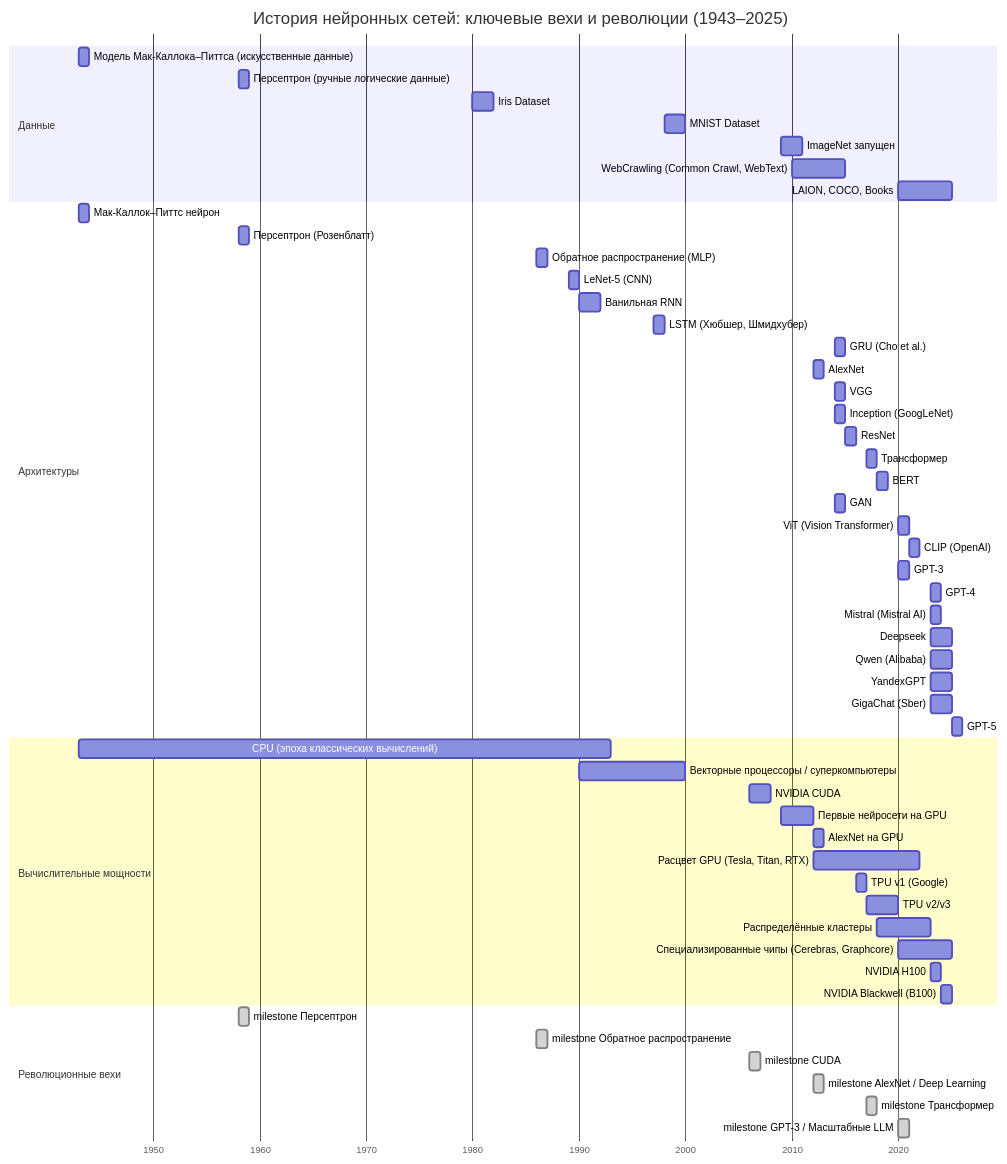
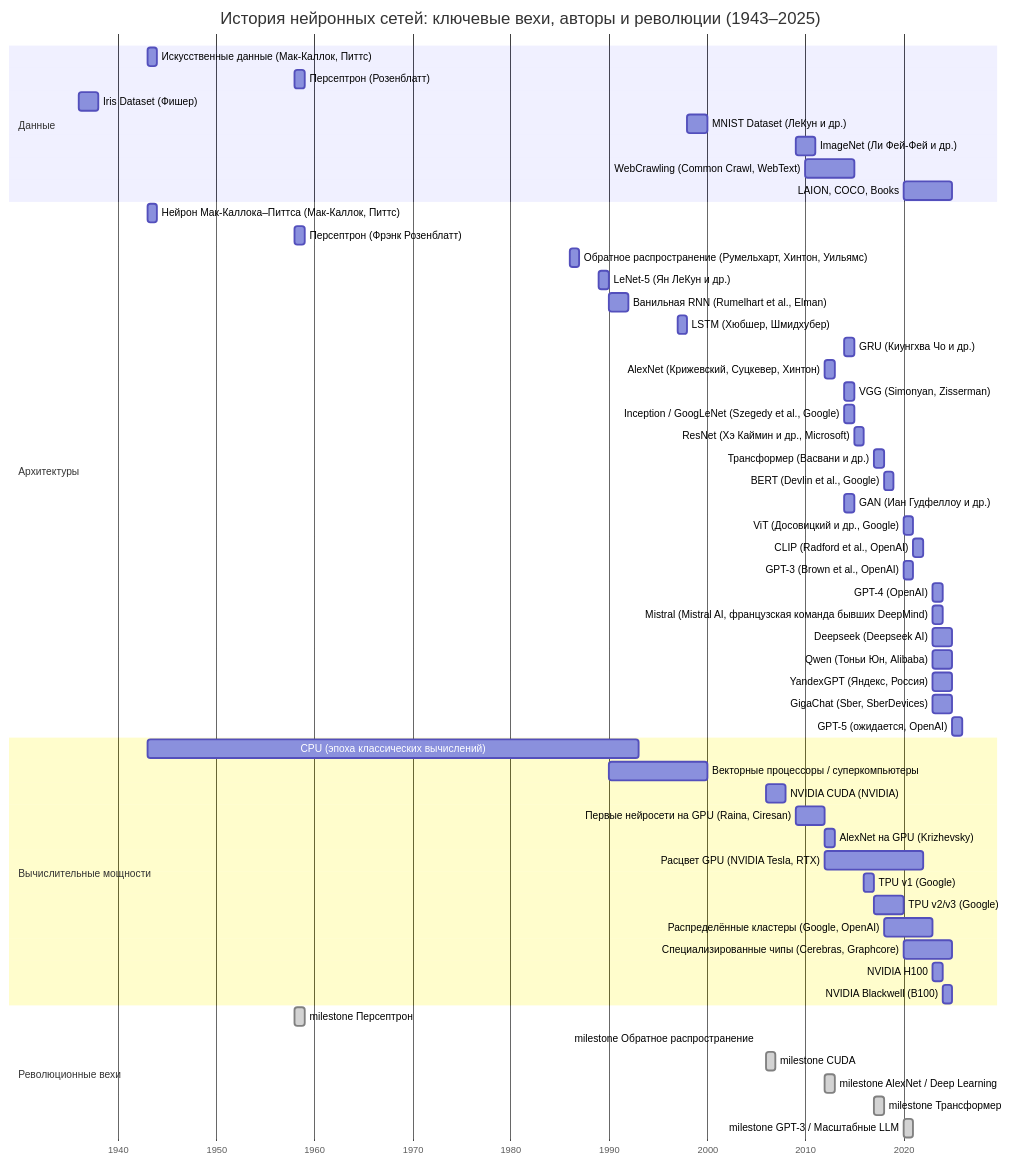
Before and after one commit to dayekb/markdown_mermaid_test: the diagram in mermaid/gant_1.md, drawn with Mermaid.

````diff
--- a/mermaid/gant_1.md
+++ b/mermaid/gant_1.md
@@ -1,65 +1,65 @@
 ```mermaid 
 
 
 gantt
-    title История нейронных сетей: ключевые вехи и революции (1943–2025)
+    title История нейронных сетей: ключевые вехи, авторы и революции (1943–2025)
     dateFormat  YYYY
     axisFormat %Y
     section Данные
-    Модель Мак-Каллока–Питтса (искусственные данные) : 1943, 1y
-    Персептрон (ручные логические данные) : 1958, 1y
-    Iris Dataset : 1980, 2y
-    MNIST Dataset : 1998, 2y
-    ImageNet запущен : 2009, 2y
+    Искусственные данные (Мак-Каллок, Питтс) : 1943, 1y
+    Персептрон (Розенблатт) : 1958, 1y
+    Iris Dataset (Фишер) : 1936, 2y
+    MNIST Dataset (ЛеКун и др.) : 1998, 2y
+    ImageNet (Ли Фей-Фей и др.) : 2009, 2y
     WebCrawling (Common Crawl, WebText) : 2010, 5y
     LAION, COCO, Books : 2020, 5y
 
     section Архитектуры
-    Мак-Каллок–Питтс нейрон : 1943, 1y
-    Персептрон (Розенблатт) : 1958, 1y
-    Обратное распространение (MLP) : 1986, 1y
-    LeNet-5 (CNN) : 1989, 1y
-    Ванильная RNN : 1990, 2y
+    Нейрон Мак-Каллока–Питтса (Мак-Каллок, Питтс) : 1943, 1y
+    Персептрон (Фрэнк Розенблатт) : 1958, 1y
+    Обратное распространение (Румельхарт, Хинтон, Уильямс) : 1986, 1y
+    LeNet-5 (Ян ЛеКун и др.) : 1989, 1y
+    Ванильная RNN (Rumelhart et al., Elman) : 1990, 2y
     LSTM (Хюбшер, Шмидхубер) : 1997, 1y
-    GRU (Cho et al.) : 2014, 1y
-    AlexNet : 2012, 1y
-    VGG : 2014, 1y
-    Inception (GoogLeNet) : 2014, 1y
-    ResNet : 2015, 1y
-    Трансформер : 2017, 1y
-    BERT : 2018, 1y
-    GAN : 2014, 1y
-    ViT (Vision Transformer) : 2020, 1y
-    CLIP (OpenAI) : 2021, 1y
-    GPT-3 : 2020, 1y
-    GPT-4 : 2023, 1y
-    Mistral (Mistral AI) : 2023, 1y
-    Deepseek : 2023, 2y
-    Qwen (Alibaba) : 2023, 2y
-    YandexGPT : 2023, 2y
-    GigaChat (Sber) : 2023, 2y
-    GPT-5 : 2025, 1y
+    GRU (Киунгхва Чо и др.) : 2014, 1y
+    AlexNet (Крижевский, Суцкевер, Хинтон) : 2012, 1y
+    VGG (Simonyan, Zisserman) : 2014, 1y
+    Inception / GoogLeNet (Szegedy et al., Google) : 2014, 1y
+    ResNet (Хэ Каймин и др., Microsoft) : 2015, 1y
+    Трансформер (Васвани и др.) : 2017, 1y
+    BERT (Devlin et al., Google) : 2018, 1y
+    GAN (Иан Гудфеллоу и др.) : 2014, 1y
+    ViT (Досовицкий и др., Google) : 2020, 1y
+    CLIP (Radford et al., OpenAI) : 2021, 1y
+    GPT-3 (Brown et al., OpenAI) : 2020, 1y
+    GPT-4 (OpenAI) : 2023, 1y
+    Mistral (Mistral AI, французская команда бывших DeepMind) : 2023, 1y
+    Deepseek (Deepseek AI) : 2023, 2y
+    Qwen (Тоньи Юн, Alibaba) : 2023, 2y
+    YandexGPT (Яндекс, Россия) : 2023, 2y
+    GigaChat (Sber, SberDevices) : 2023, 2y
+    GPT-5 (ожидается, OpenAI) : 2025, 1y
 
     section Вычислительные мощности
     CPU (эпоха классических вычислений) : 1943, 50y
     Векторные процессоры / суперкомпьютеры : 1990, 10y
-    NVIDIA CUDA : 2006, 2y
-    Первые нейросети на GPU : 2009, 3y
-    AlexNet на GPU : 2012, 1y
-    Расцвет GPU (Tesla, Titan, RTX) : 2012, 10y
+    NVIDIA CUDA (NVIDIA) : 2006, 2y
+    Первые нейросети на GPU (Raina, Ciresan) : 2009, 3y
+    AlexNet на GPU (Krizhevsky) : 2012, 1y
+    Расцвет GPU (NVIDIA Tesla, RTX) : 2012, 10y
     TPU v1 (Google) : 2016, 1y
-    TPU v2/v3 : 2017, 3y
-    Распределённые кластеры : 2018, 5y
+    TPU v2/v3 (Google) : 2017, 3y
+    Распределённые кластеры (Google, OpenAI) : 2018, 5y
     Специализированные чипы (Cerebras, Graphcore) : 2020, 5y
     NVIDIA H100 : 2023, 1y
     NVIDIA Blackwell (B100) : 2024, 1y
 
     section Революционные вехи
     milestone Персептрон : done, 1958, 1y
-    milestone Обратное распространение : done, 1986, 1y
+    milestone Обратное распространение : done, 1986, 1dy
     milestone CUDA : done, 2006, 1y
     milestone AlexNet / Deep Learning : done, 2012, 1y
     milestone Трансформер : done, 2017, 1y
     milestone GPT-3 / Масштабные LLM : done, 2020, 1y
 
 ```
````
